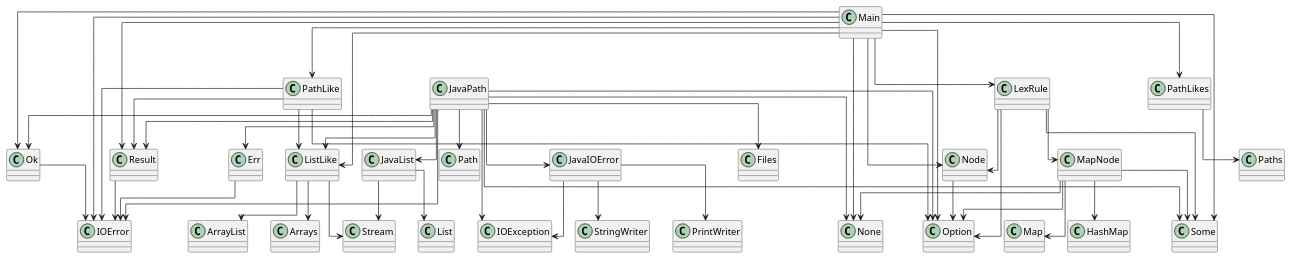
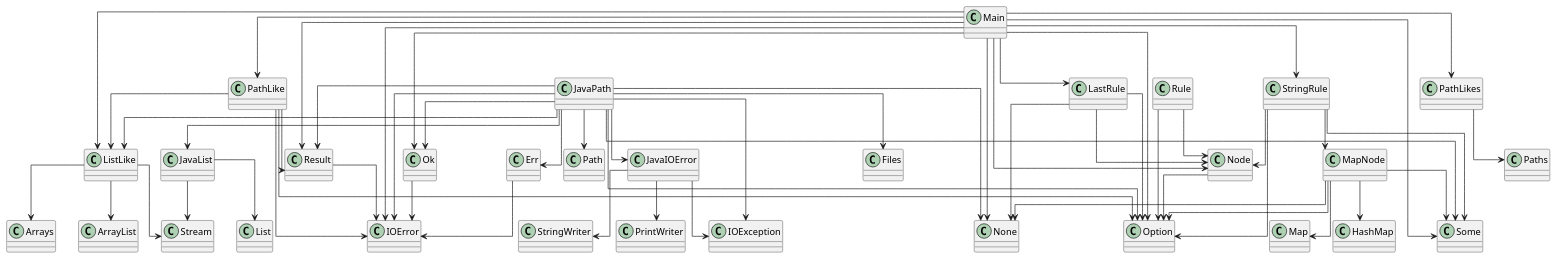
The diagram in diagram.puml (SirMathhman/Magma), drawn with PlantUML before and after one commit. The commit also changed 4 other files, not shown here.

```diff
--- a/diagram.puml
+++ b/diagram.puml
@@ -1,71 +1,79 @@
 @startuml
 skinparam linetype ortho
 class IOError
 class JavaIOError
 JavaIOError --> IOException
 JavaIOError --> PrintWriter
 JavaIOError --> StringWriter
 class JavaList
 JavaList --> List
 JavaList --> Stream
 class ListLike
 ListLike --> ArrayList
 ListLike --> Arrays
 ListLike --> Stream
 class Main
 Main --> IOError
 Main --> ListLike
 Main --> Node
 Main --> None
 Main --> Option
 Main --> Some
 Main --> PathLike
 Main --> PathLikes
 Main --> Ok
 Main --> Result
-Main --> LexRule
+Main --> LastRule
+Main --> StringRule
 class MapNode
 MapNode --> None
 MapNode --> Option
 MapNode --> Some
 MapNode --> HashMap
 MapNode --> Map
 class Node
 Node --> Option
 class None
 class Option
 class Some
 class JavaPath
 JavaPath --> IOError
 JavaPath --> JavaIOError
 JavaPath --> JavaList
 JavaPath --> ListLike
 JavaPath --> None
 JavaPath --> Option
 JavaPath --> Some
 JavaPath --> Err
 JavaPath --> Ok
 JavaPath --> Result
 JavaPath --> IOException
 JavaPath --> Files
 JavaPath --> Path
 class PathLike
 PathLike --> IOError
 PathLike --> ListLike
 PathLike --> Option
 PathLike --> Result
 class PathLikes
 PathLikes --> Paths
 class Err
 Err --> IOError
 class Ok
 Ok --> IOError
 class Result
 Result --> IOError
-class LexRule
-LexRule --> MapNode
-LexRule --> Node
-LexRule --> Option
-LexRule --> Some
+class LastRule
+LastRule --> Node
+LastRule --> None
+LastRule --> Option
+class Rule
+Rule --> Node
+Rule --> Option
+class StringRule
+StringRule --> MapNode
+StringRule --> Node
+StringRule --> Option
+StringRule --> Some
 
 @enduml
```
